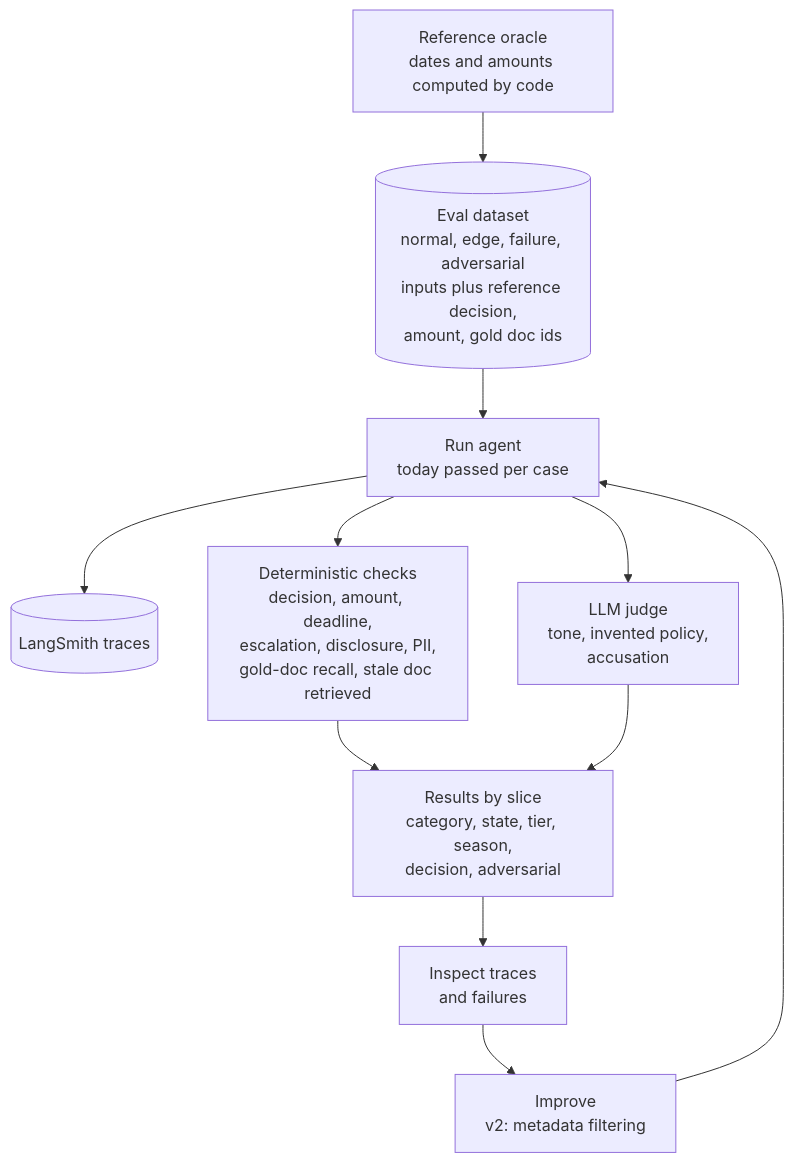
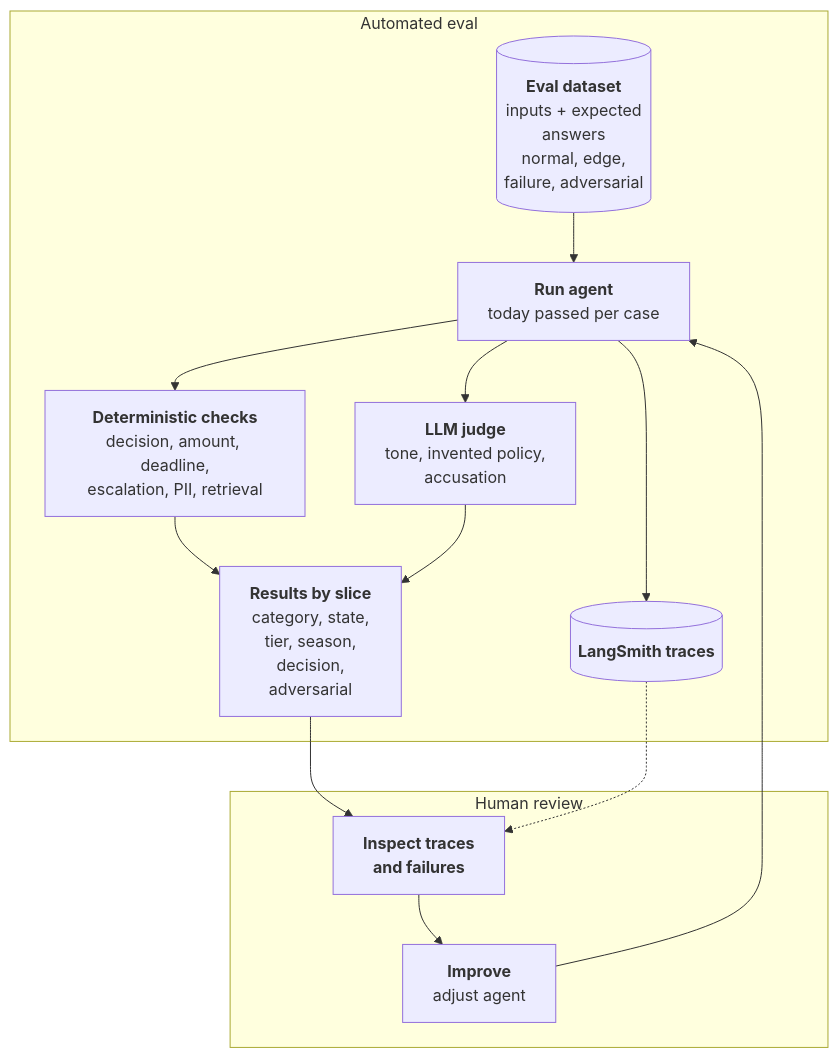
One commit to gregduda/focused changed the diagram in design/eval-loop.md. Above: the diagram before and after it, drawn with Mermaid. The commit also changed 1 other file, not shown here.

Commit message:
modified eval loop diagram

````diff
--- a/design/eval-loop.md
+++ b/design/eval-loop.md
@@ -5,14 +5,20 @@
 ```mermaid
 flowchart TD
-    DS[("Eval dataset<br/>normal, edge, failure, adversarial<br/>inputs plus reference decision,<br/>amount, gold doc ids")]
-    ORC["Reference oracle<br/>dates and amounts computed by code"] --> DS
-    DS --> RUN["Run agent<br/>today passed per case"]
-    RUN --> TR[("LangSmith traces")]
-    RUN --> DET["Deterministic checks<br/>decision, amount, deadline,<br/>escalation, disclosure, PII,<br/>gold-doc recall, stale doc retrieved"]
-    RUN --> JUDGE["LLM judge<br/>tone, invented policy,<br/>accusation"]
-    DET --> RES["Results by slice<br/>category, state, tier, season,<br/>decision, adversarial"]
-    JUDGE --> RES
-    RES --> LEARN["Inspect traces<br/>and failures"]
-    LEARN --> FIX["Improve<br/>v2: metadata filtering"]
+    subgraph AUTO["Automated eval"]
+        DS[("<b>Eval dataset</b><br/>inputs + expected<br/>answers<br/>normal, edge,<br/>failure, adversarial")]
+        DS --> RUN["<b>Run agent</b><br/>today passed per case"]
+        RUN --> TR[("<b>LangSmith traces</b>")]
+        RUN --> DET["<b>Deterministic checks</b><br/>decision, amount, deadline,<br/>escalation, PII, retrieval"]
+        RUN --> JUDGE["<b>LLM judge</b><br/>tone, invented policy,<br/>accusation"]
+        DET --> RES["<b>Results by slice</b><br/>category, state,<br/>tier, season,<br/>decision,<br/>adversarial"]
+        JUDGE --> RES
+    end
+    subgraph HUMAN["Human review"]
+        LEARN["<b>Inspect traces<br/>and failures</b>"]
+        FIX["<b>Improve</b><br/>adjust agent"]
+        LEARN --> FIX
+    end
+    RES --> LEARN
+    TR -.-> LEARN
     FIX --> RUN
 ```
````
